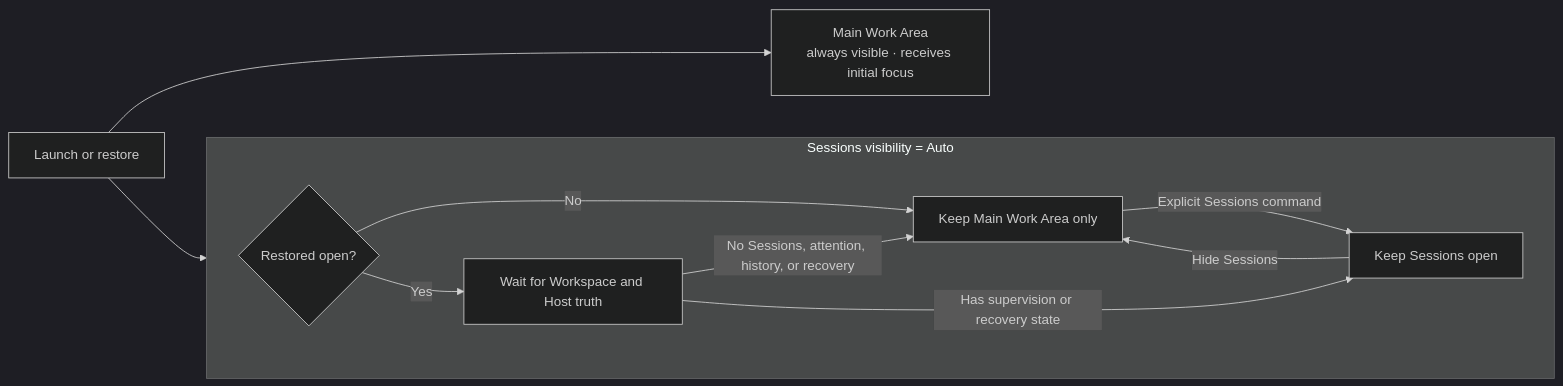
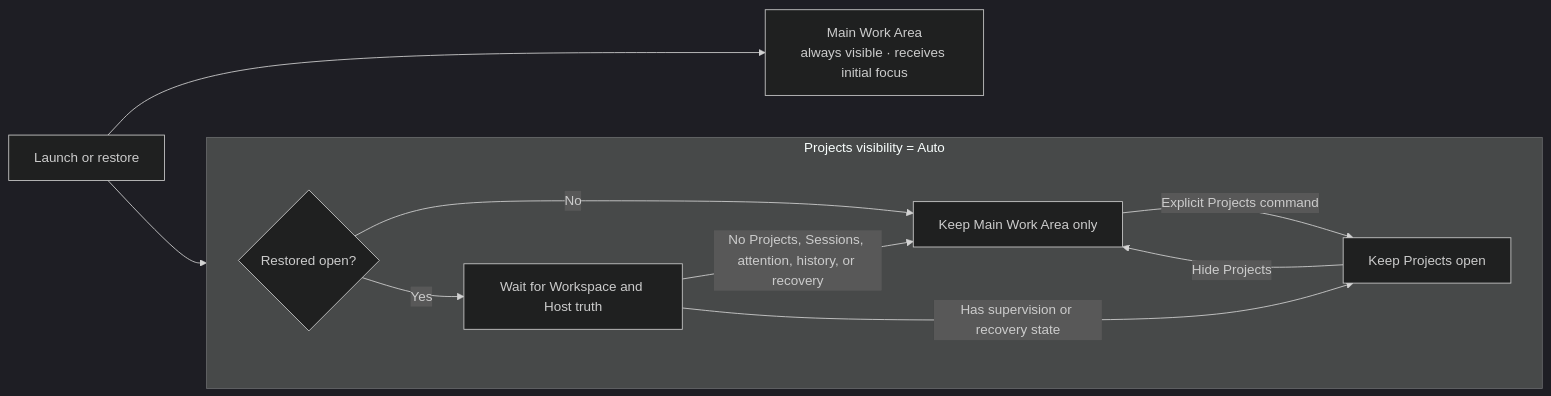
One commit to Oreoro/dez changed the third of 3 diagrams in docs/src/development/dez/fork-notes.md. Above: the diagram before and after it, drawn with Mermaid (dark theme). The commit also changed other lines of this file and 22 other files, not shown here.

````diff
--- a/docs/src/development/dez/fork-notes.md
+++ b/docs/src/development/dez/fork-notes.md
@@ -123,20 +124,20 @@
 ```mermaid
 flowchart LR
     START["Launch or restore"] --> PRIMARY["Main Work Area<br/>always visible · receives initial focus"]
 
-    subgraph AUTO["Sessions visibility = Auto"]
+    subgraph AUTO["Projects visibility = Auto"]
         direction LR
         RESTORED{"Restored open?"}
         WAIT["Wait for Workspace and Host truth"]
         CLOSED["Keep Main Work Area only"]
-        OPEN["Keep Sessions open"]
+        OPEN["Keep Projects open"]
         RESTORED -->|No| CLOSED
         RESTORED -->|Yes| WAIT
-        WAIT -->|No Sessions, attention, history, or recovery| CLOSED
+        WAIT -->|No Projects, Sessions, attention, history, or recovery| CLOSED
         WAIT -->|Has supervision or recovery state| OPEN
-        CLOSED -->|Explicit Sessions command| OPEN
-        OPEN -->|Hide Sessions| CLOSED
+        CLOSED -->|Explicit Projects command| OPEN
+        OPEN -->|Hide Projects| CLOSED
     end
 
     START --> RESTORED
 ```
````
